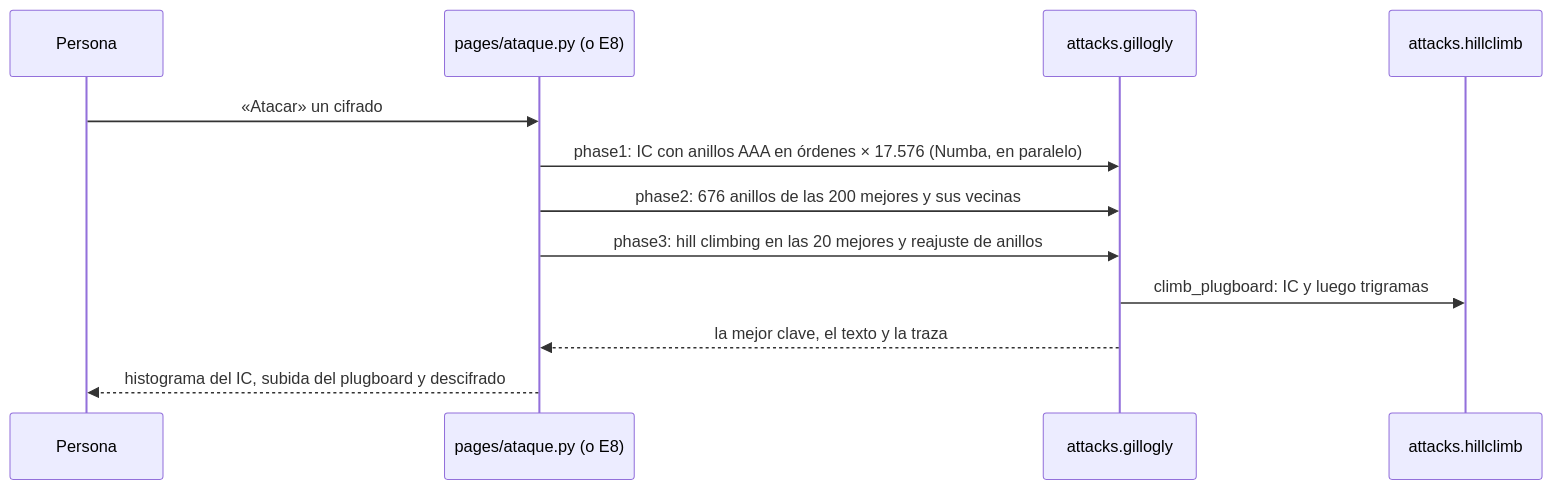
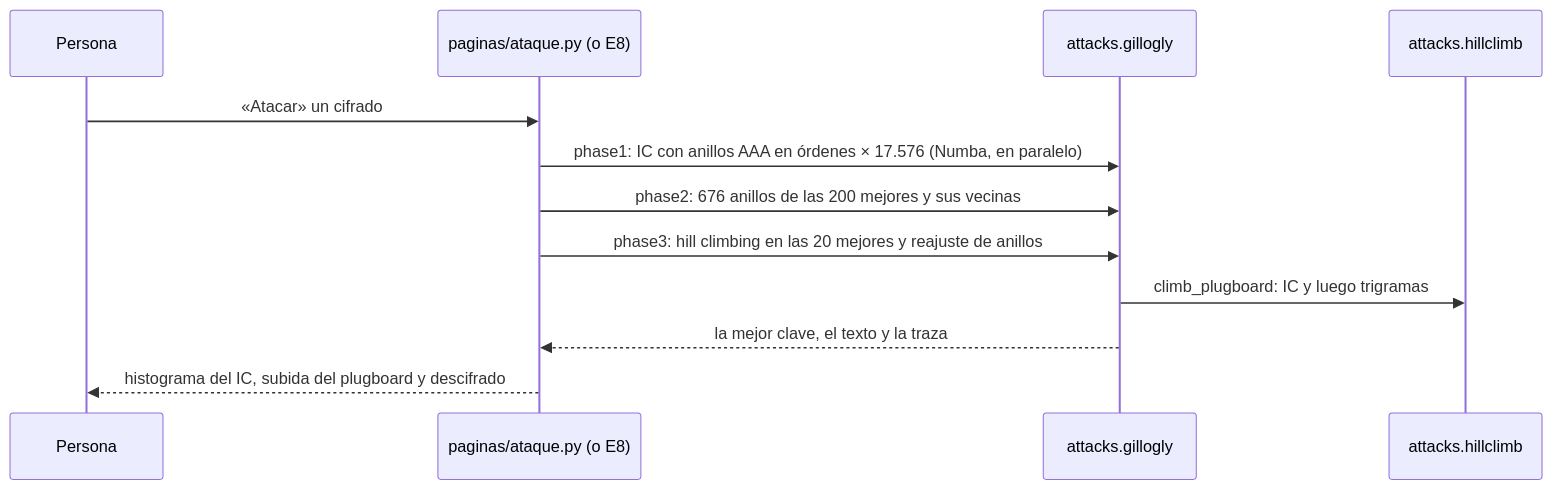
Before and after one commit to Cartosn/enigma-lab: the sixth of 7 diagrams in docs/ARQUITECTURA.md, drawn with Mermaid. The commit also changed other lines of this file and 19 other files, not shown here.

````diff
--- a/docs/ARQUITECTURA.md
+++ b/docs/ARQUITECTURA.md
@@ -214,14 +214,14 @@
 ```mermaid
 sequenceDiagram
     participant U as Persona
-    participant P as pages/ataque.py (o E8)
+    participant P as paginas/ataque.py (o E8)
     participant G as attacks.gillogly
     participant H as attacks.hillclimb
     U->>P: «Atacar» un cifrado
     P->>G: phase1: IC con anillos AAA en órdenes × 17.576 (Numba, en paralelo)
     P->>G: phase2: 676 anillos de las 200 mejores y sus vecinas
     P->>G: phase3: hill climbing en las 20 mejores y reajuste de anillos
     G->>H: climb_plugboard: IC y luego trigramas
     G-->>P: la mejor clave, el texto y la traza
     P-->>U: histograma del IC, subida del plugboard y descifrado
 ```
````
